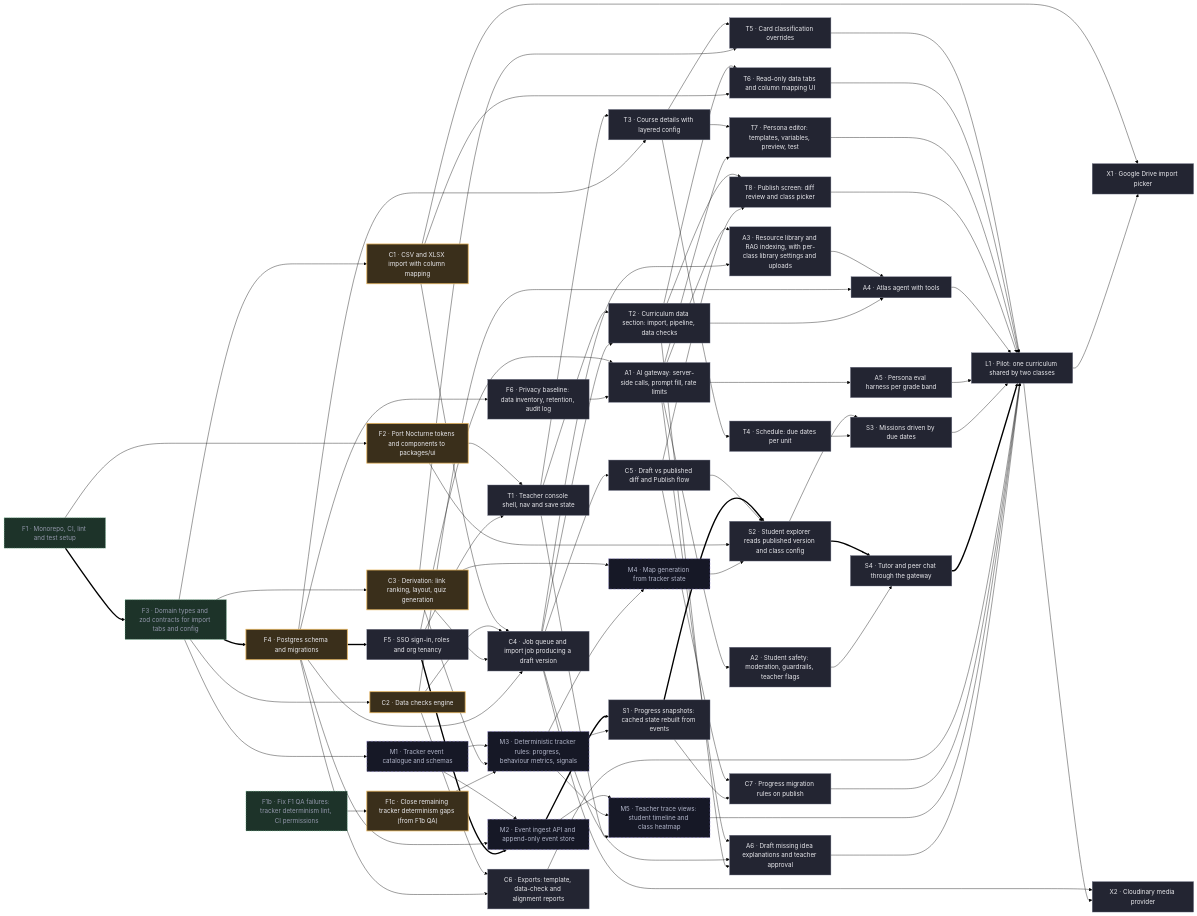
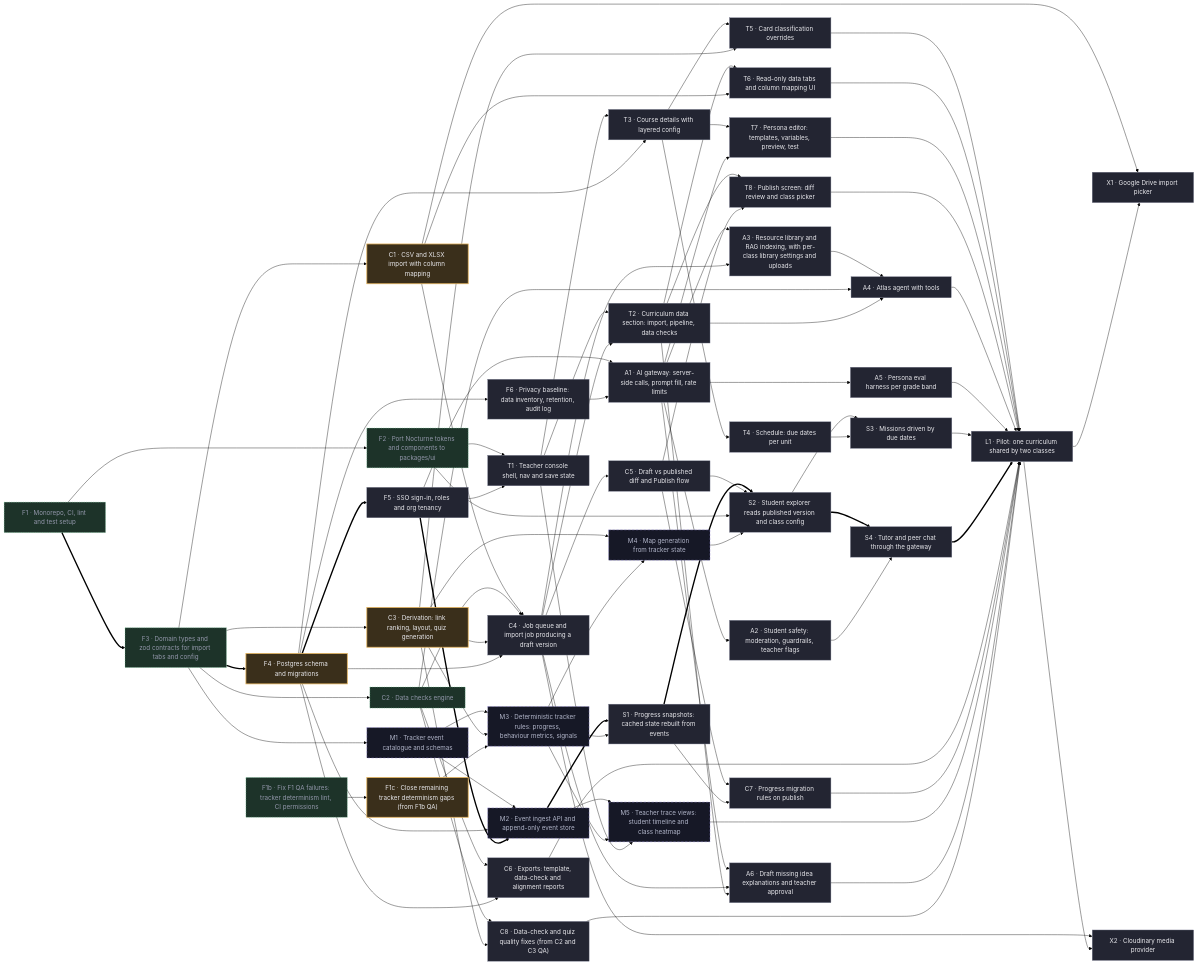
One commit to tenkevin/mind-your-tutor changed the diagram in docs/PLAN.md. Above: the diagram before and after it, drawn with Mermaid (forest theme). The commit also changed other lines of this file and 5 other files, not shown here.

````diff
--- a/docs/PLAN.md
+++ b/docs/PLAN.md
@@ -94,6 +95,7 @@
   C5["C5 · Draft vs published diff and Publish flow"]
   C6["C6 · Exports: template, data-check and alignment reports"]
   C7["C7 · Progress migration rules on publish"]
+  C8["C8 · Data-check and quiz quality fixes (from C2 and C3 QA)"]
   M1["M1 · Tracker event catalogue and schemas"]
   M2["M2 · Event ingest API and append-only event store"]
   M3["M3 · Deterministic tracker rules: progress, behaviour metrics, signals"]
@@ -138,6 +140,8 @@
   F4 --> C6
   C5 --> C7
   S1 --> C7
+  C2 --> C8
+  C3 --> C8
   F3 --> M1
   M1 --> M2
   F4 --> M2
@@ -199,6 +203,7 @@
   C7 --> L1
   M5 --> L1
   A6 --> L1
+  C8 --> L1
   C1 --> X1
   L1 --> X1
   C4 --> X2
@@ -209,8 +214,8 @@
   classDef review fill:#3a2f1b,stroke:#e6b45c,color:#e9e9ed,stroke-width:2px
   classDef done fill:#1d3329,stroke:#6fcf97,color:#9397ab,stroke-dasharray:3 3
   classDef spec fill:#161826,stroke:#968ae0,color:#b2b6ca,stroke-dasharray:6 4
-  class F5,F6,C4,C5,C6,C7,T1,T2,T3,T4,T5,T6,T7,T8,A1,A2,A3,A4,A5,A6,S1,S2,S3,S4,L1,X1,X2 todo
-  class F1c,F2,F4,C1,C2,C3 review
-  class F1,F1b,F3 done
+  class F5,F6,C4,C5,C6,C7,C8,T1,T2,T3,T4,T5,T6,T7,T8,A1,A2,A3,A4,A5,A6,S1,S2,S3,S4,L1,X1,X2 todo
+  class F1c,F4,C1,C3 review
+  class F1,F1b,F2,F3,C2 done
   class M1,M2,M3,M4,M5 spec
 ```
````
